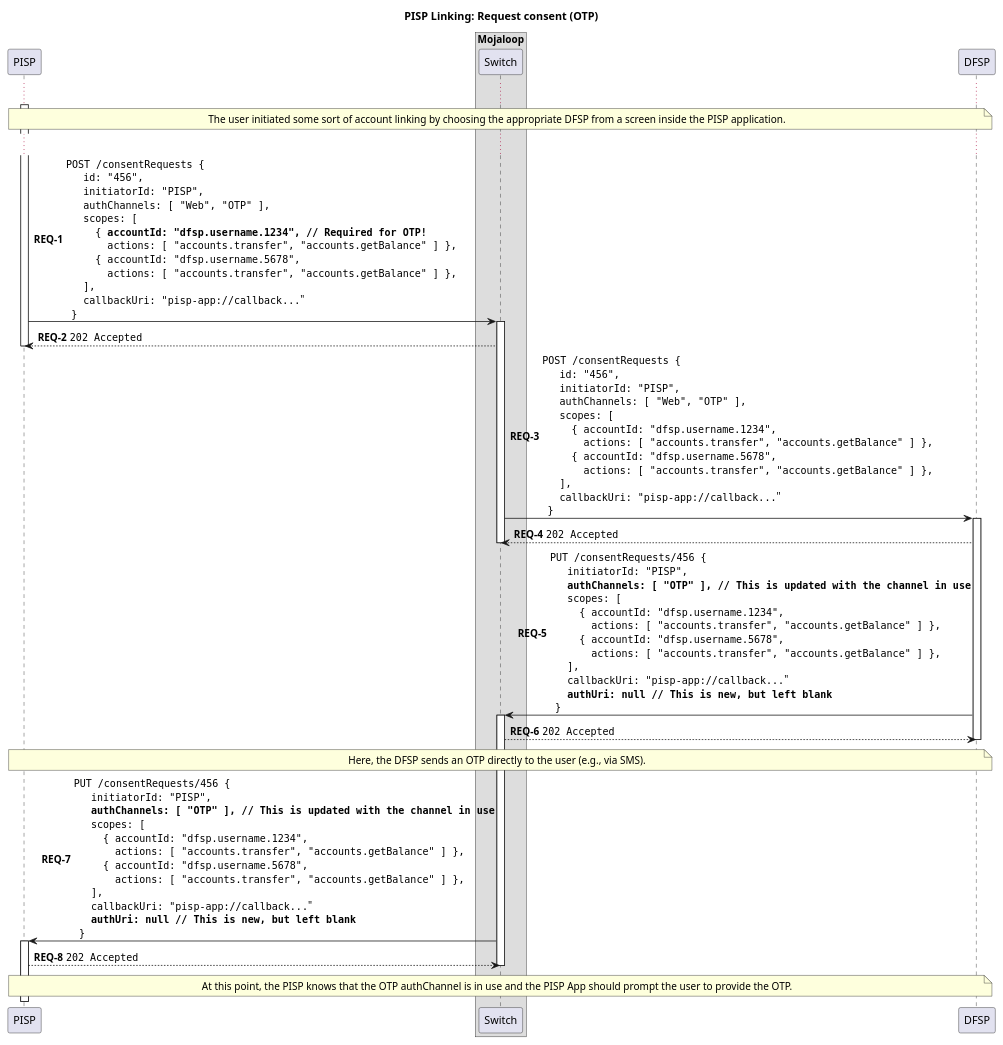
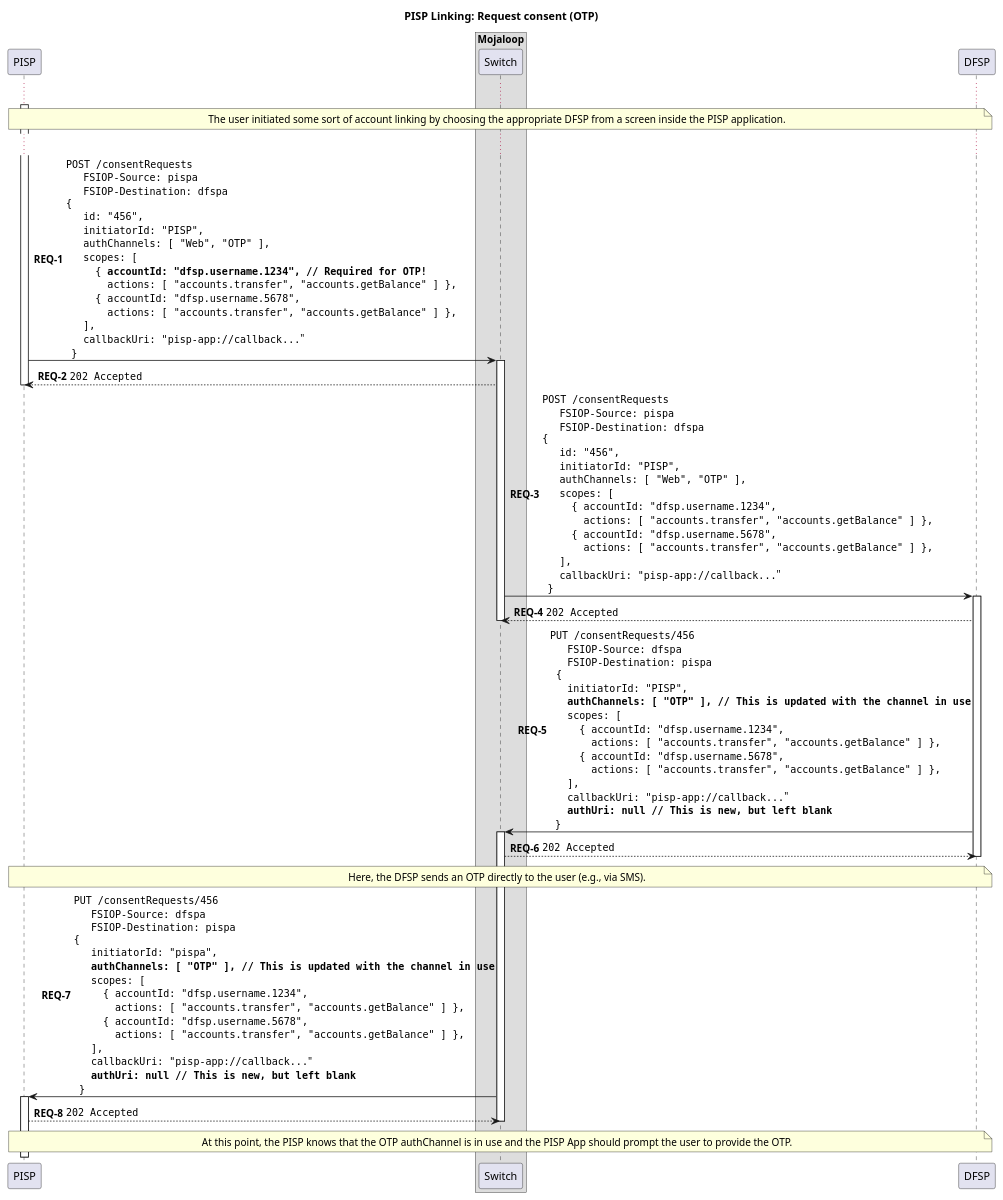
The diagram in docs/linking/2-request-consent-otp.puml (mojaloop/pisp-project), drawn with PlantUML before and after one commit. The commit also changed 9 other files, not shown here.

Commit message:
feat: update sequence diagrams to show correct headers

```diff
--- a/docs/linking/2-request-consent-otp.puml
+++ b/docs/linking/2-request-consent-otp.puml
@@ -1,94 +1,106 @@
 @startuml
 
 title PISP Linking: Request consent (OTP)
 
 participant "PISP" as PISP
 
 box "Mojaloop"
     participant Switch
 end box
 
 participant DFSP
 
 autonumber 1 "<b>REQ-#</b>"
 
 activate PISP
 
 ...
 
 note over PISP, DFSP
     The user initiated some sort of account linking by choosing the appropriate DFSP from a screen inside the PISP application.
 end note
 
 ...
 
-PISP -> Switch ++: ""POST /consentRequests {""\n\
+PISP -> Switch ++: ""POST /consentRequests""\n\
+  ""  FSIOP-Source: pispa""\n\
+  ""  FSIOP-Destination: dfspa""\n\
+""{""\n\
   ""  id: "456",""\n\
   ""  initiatorId: "PISP",""\n\
   ""  authChannels: [ "Web", "OTP" ],""\n\
   ""  scopes: [ ""\n\
   ""    { **accountId: "dfsp.username.1234", // Required for OTP!**""\n\
   ""      actions: [ "accounts.transfer", "accounts.getBalance" ] },""\n\
   ""    { accountId: "dfsp.username.5678",""\n\
   ""      actions: [ "accounts.transfer", "accounts.getBalance" ] },""\n\
   ""  ],""\n\
   ""  callbackUri: "pisp-app://callback..."""\n\
   ""}""
 Switch --> PISP: ""202 Accepted""
 deactivate PISP
 
-Switch -> DFSP ++:  ""POST /consentRequests {""\n\
+Switch -> DFSP ++:  ""POST /consentRequests""\n\
+  ""  FSIOP-Source: pispa""\n\
+  ""  FSIOP-Destination: dfspa""\n\
+""{""\n\
   ""  id: "456",""\n\
   ""  initiatorId: "PISP",""\n\
   ""  authChannels: [ "Web", "OTP" ],""\n\
   ""  scopes: [ ""\n\
   ""    { accountId: "dfsp.username.1234",""\n\
   ""      actions: [ "accounts.transfer", "accounts.getBalance" ] },""\n\
   ""    { accountId: "dfsp.username.5678",""\n\
   ""      actions: [ "accounts.transfer", "accounts.getBalance" ] },""\n\
   ""  ],""\n\
   ""  callbackUri: "pisp-app://callback..."""\n\
   ""}""
 DFSP --> Switch: ""202 Accepted""
 deactivate Switch
 
-DFSP -> Switch ++: ""PUT /consentRequests/456 {""\n\
+DFSP -> Switch ++: ""PUT /consentRequests/456""\n\
+  ""  FSIOP-Source: dfspa""\n\
+  ""  FSIOP-Destination: pispa""\n\
+"" {""\n\
   ""  initiatorId: "PISP",""\n\
   ""  **authChannels: [ "OTP" ], // This is updated with the channel in use**""\n\
   ""  scopes: [ ""\n\
   ""    { accountId: "dfsp.username.1234",""\n\
   ""      actions: [ "accounts.transfer", "accounts.getBalance" ] },""\n\
   ""    { accountId: "dfsp.username.5678",""\n\
   ""      actions: [ "accounts.transfer", "accounts.getBalance" ] },""\n\
   ""  ],""\n\
   ""  callbackUri: "pisp-app://callback..."""\n\
   ""  **authUri: null // This is new, but left blank**""\n\
   ""}""
 Switch --> DFSP: ""202 Accepted""
 
 note over PISP, DFSP
   Here, the DFSP sends an OTP directly to the user (e.g., via SMS).
 end note
 
 deactivate DFSP
 
-Switch -> PISP ++: ""PUT /consentRequests/456 {""\n\
-  ""  initiatorId: "PISP",""\n\
+Switch -> PISP ++: ""PUT /consentRequests/456""\n\
+  ""  FSIOP-Source: dfspa""\n\
+  ""  FSIOP-Destination: pispa""\n\
+""{""\n\
+  ""  initiatorId: "pispa",""\n\
   ""  **authChannels: [ "OTP" ], // This is updated with the channel in use**""\n\
   ""  scopes: [ ""\n\
   ""    { accountId: "dfsp.username.1234",""\n\
   ""      actions: [ "accounts.transfer", "accounts.getBalance" ] },""\n\
   ""    { accountId: "dfsp.username.5678",""\n\
   ""      actions: [ "accounts.transfer", "accounts.getBalance" ] },""\n\
   ""  ],""\n\
   ""  callbackUri: "pisp-app://callback..."""\n\
   ""  **authUri: null // This is new, but left blank**""\n\
   ""}""
 PISP --> Switch: ""202 Accepted""
 deactivate Switch
 
 note over PISP, DFSP
   At this point, the PISP knows that the OTP authChannel is in use and the PISP App should prompt the user to provide the OTP.
 end note
 
 @enduml
```
